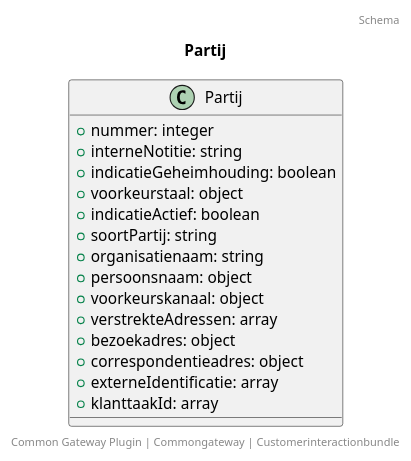
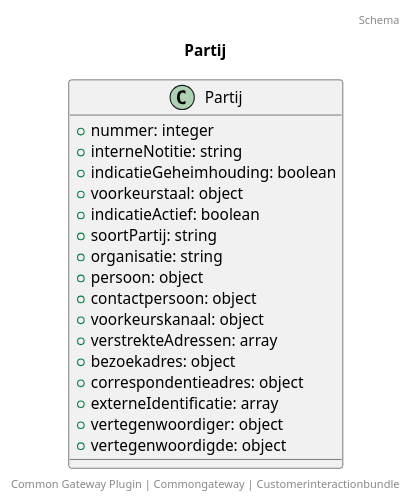
Before and after one commit to CommonGateway/CustomerInteractionBundle: the diagram in docs/schema/klant.partij.puml, drawn with PlantUML. The commit also changed 30 other files, not shown here.

```diff
--- a/docs/schema/klant.partij.puml
+++ b/docs/schema/klant.partij.puml
@@ -1,22 +1,24 @@
 @startuml
 title: Partij
 footer: Common Gateway Plugin | Commongateway | Customerinteractionbundle 
 header: Schema
 
 class Partij {
   + nummer: integer
   + interneNotitie: string
   + indicatieGeheimhouding: boolean
   + voorkeurstaal: object
   + indicatieActief: boolean
   + soortPartij: string
-  + organisatienaam: string
-  + persoonsnaam: object
+  + organisatie: string
+  + persoon: object
+  + contactpersoon: object
   + voorkeurskanaal: object
   + verstrekteAdressen: array
   + bezoekadres: object
   + correspondentieadres: object
   + externeIdentificatie: array
-  + klanttaakId: array
+  + vertegenwoordiger: object
+  + vertegenwoordigde: object
 }
 @enduml
```
